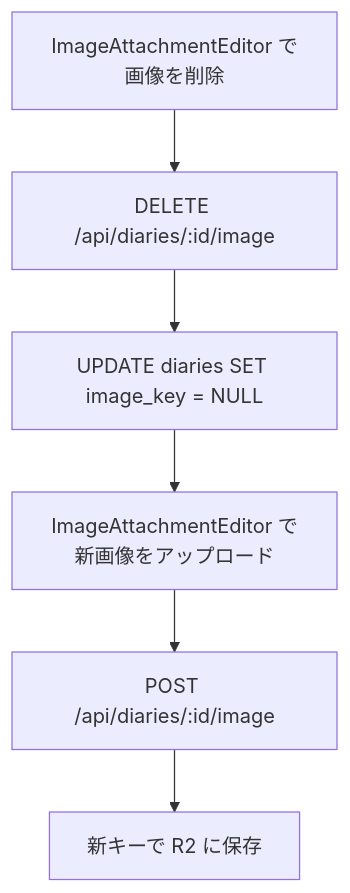
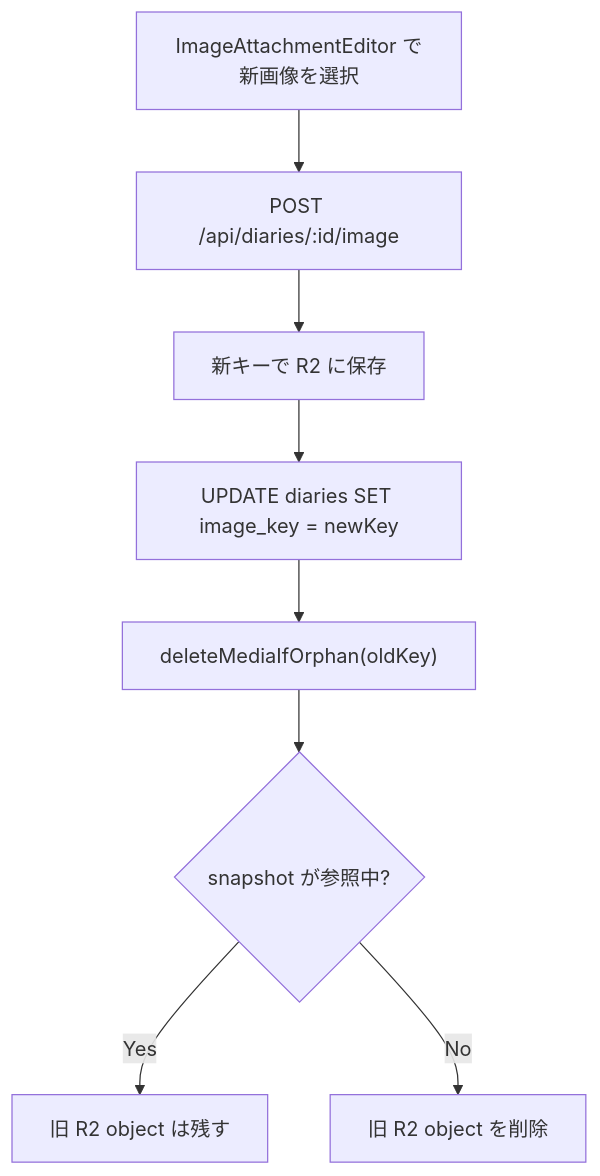
Before and after one commit to shimabox/400-diary: the third of 5 diagrams in docs/architecture/image-upload.md, drawn with Mermaid. The commit also changed other lines of this file and 4 other files, not shown here.

Commit message:
architecture docsを現行実装に揃える (#45)

````diff
--- a/docs/architecture/image-upload.md
+++ b/docs/architecture/image-upload.md
@@ -81,8 +85,10 @@
 ```mermaid
 flowchart TD
-    A[ImageAttachmentEditor で画像を削除] --> B["DELETE /api/diaries/:id/image"]
-    B --> C["UPDATE diaries SET image_key = NULL"]
-    C --> D[ImageAttachmentEditor で新画像をアップロード]
-    D --> E["POST /api/diaries/:id/image"]
-    E --> F[新キーで R2 に保存]
+    A[ImageAttachmentEditor で新画像を選択] --> B["POST /api/diaries/:id/image"]
+    B --> C[新キーで R2 に保存]
+    C --> D["UPDATE diaries SET image_key = newKey"]
+    D --> E["deleteMediaIfOrphan(oldKey)"]
+    E --> F{"snapshot が参照中?"}
+    F -->|Yes| G["旧 R2 object は残す"]
+    F -->|No| H["旧 R2 object を削除"]
 ```
````
